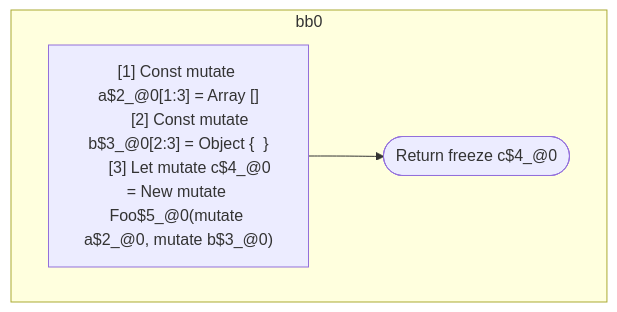
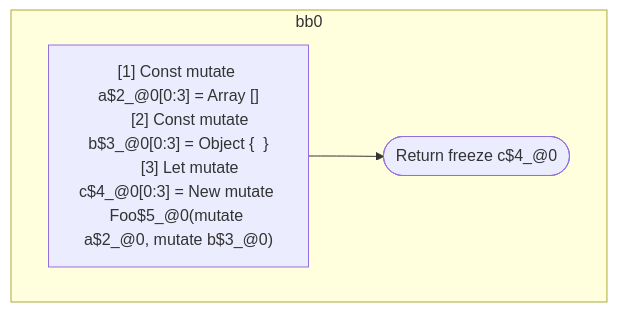
The second of 2 diagrams in compiler/forget/src/__tests__/fixtures/hir/ssa-newexpression.expect.md (wutsmog/private), drawn with Mermaid before and after one commit. The commit also changed other lines of this file and 33 other files, not shown here.

````diff
--- a/compiler/forget/src/__tests__/fixtures/hir/ssa-newexpression.expect.md
+++ b/compiler/forget/src/__tests__/fixtures/hir/ssa-newexpression.expect.md
@@ -56,15 +56,15 @@
 ```mermaid
 flowchart TB
   %% Basic Blocks
   subgraph bb0
     bb0_instrs["
-      [1] Const mutate a$2_@0[1:3] = Array []
-      [2] Const mutate b$3_@0[2:3] = Object {  }
-      [3] Let mutate c$4_@0 = New mutate Foo$5_@0(mutate a$2_@0, mutate b$3_@0)
+      [1] Const mutate a$2_@0[0:3] = Array []
+      [2] Const mutate b$3_@0[0:3] = Object {  }
+      [3] Let mutate c$4_@0[0:3] = New mutate Foo$5_@0(mutate a$2_@0, mutate b$3_@0)
     "]
     bb0_instrs --> bb0_terminal(["Return freeze c$4_@0"])
   end
 
   %% Jumps
   %% empty
 ```
````
